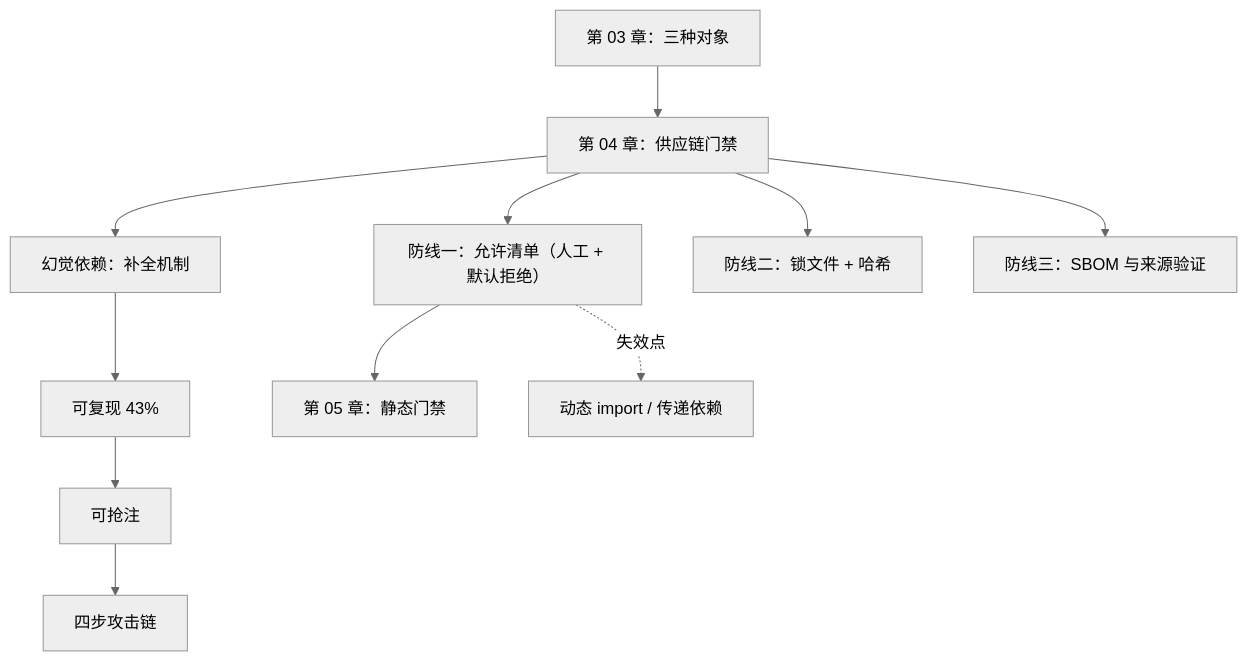
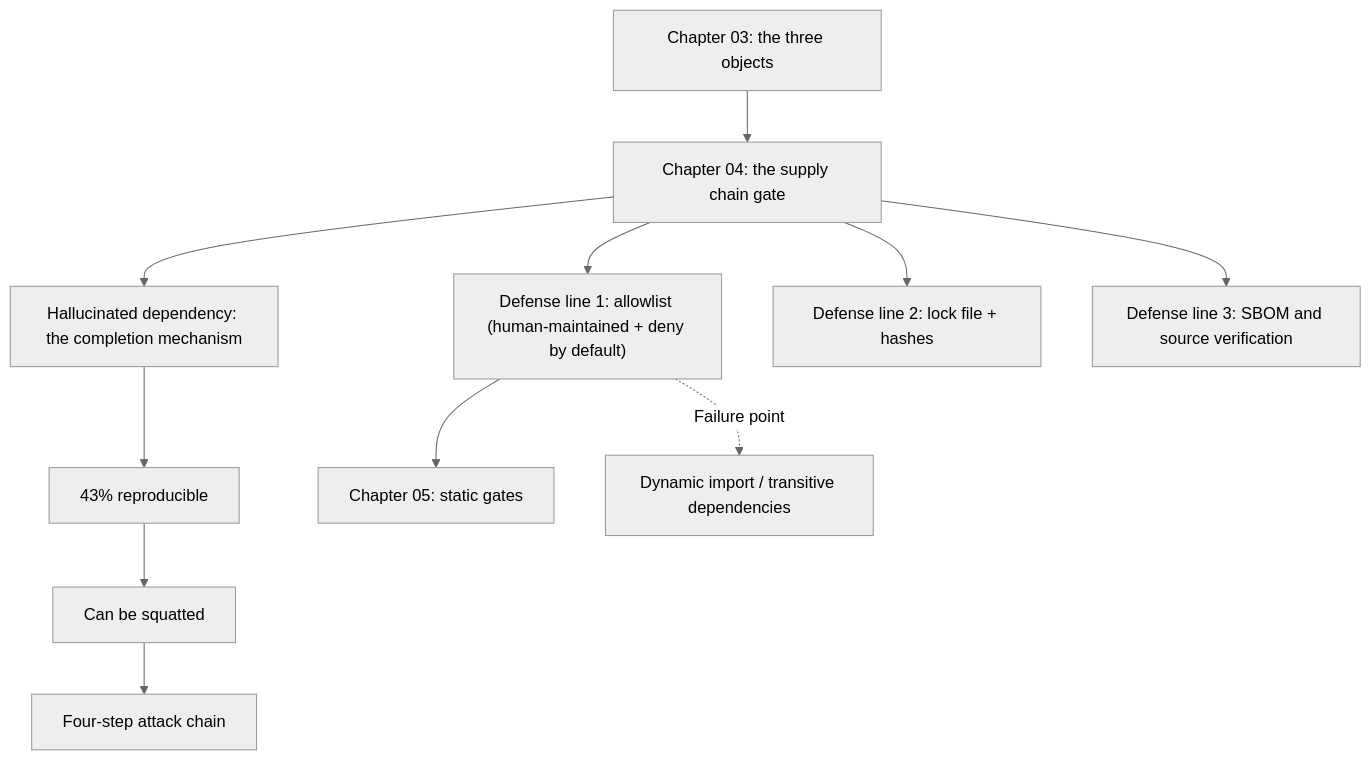
Before and after one commit to xzlxiao/vibe-coding-textbook: the second of 2 diagrams in phase3/chapters/ch04-supply-chain.md, drawn with Mermaid (neutral theme). The commit also changed other lines of this file and 12 other files, not shown here.

````diff
--- a/phase3/chapters/ch04-supply-chain.md
+++ b/phase3/chapters/ch04-supply-chain.md
@@ -222,13 +222,13 @@
 ```mermaid
 flowchart TD
-    A["第 03 章：三种对象"] --> B["第 04 章：供应链门禁"]
-    B --> C["幻觉依赖：补全机制"]
-    C --> D["可复现 43%"]
-    D --> E["可抢注"]
-    E --> F["四步攻击链"]
-    B --> G["防线一：允许清单（人工 + 默认拒绝）"]
-    B --> H["防线二：锁文件 + 哈希"]
-    B --> I["防线三：SBOM 与来源验证"]
-    G --> J["第 05 章：静态门禁"]
-    G -.->|"失效点"| K["动态 import / 传递依赖"]
+    A["Chapter 03: the three objects"] --> B["Chapter 04: the supply chain gate"]
+    B --> C["Hallucinated dependency: the completion mechanism"]
+    C --> D["43% reproducible"]
+    D --> E["Can be squatted"]
+    E --> F["Four-step attack chain"]
+    B --> G["Defense line 1: allowlist (human-maintained + deny by default)"]
+    B --> H["Defense line 2: lock file + hashes"]
+    B --> I["Defense line 3: SBOM and source verification"]
+    G --> J["Chapter 05: static gates"]
+    G -.->|"Failure point"| K["Dynamic import / transitive dependencies"]
 ```
````
